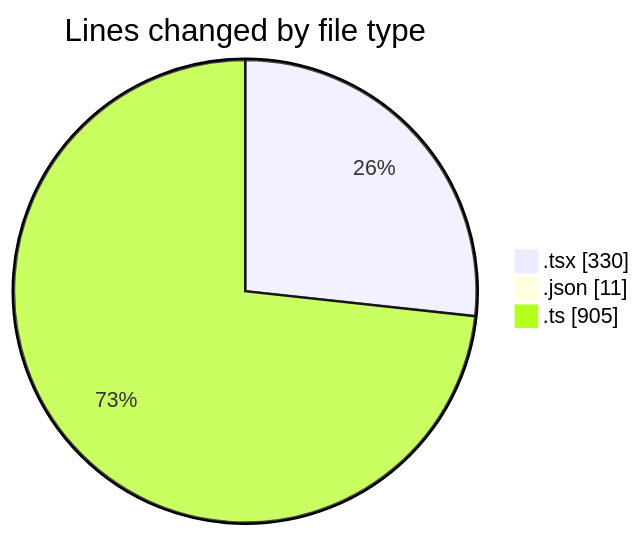
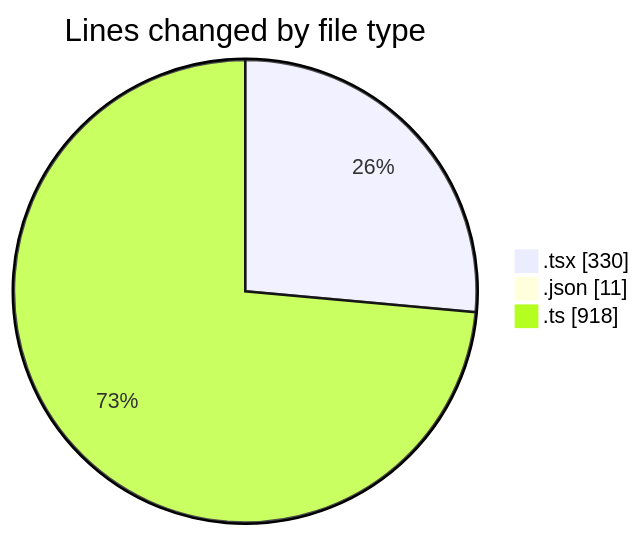
Before and after one commit to momahboobian/code-tracking: the first of 2 diagrams in 2025-05-12/cda/README.md, drawn with Mermaid. The commit also changed other lines of this file and 1 other file, not shown here.

````diff
--- a/2025-05-12/cda/README.md
+++ b/2025-05-12/cda/README.md
@@ -31,7 +31,7 @@
 ```mermaid
 pie showData
 title Lines changed by file type
 ".tsx" : 330
 ".json" : 11
-".ts" : 905
+".ts" : 918
 ```
````
